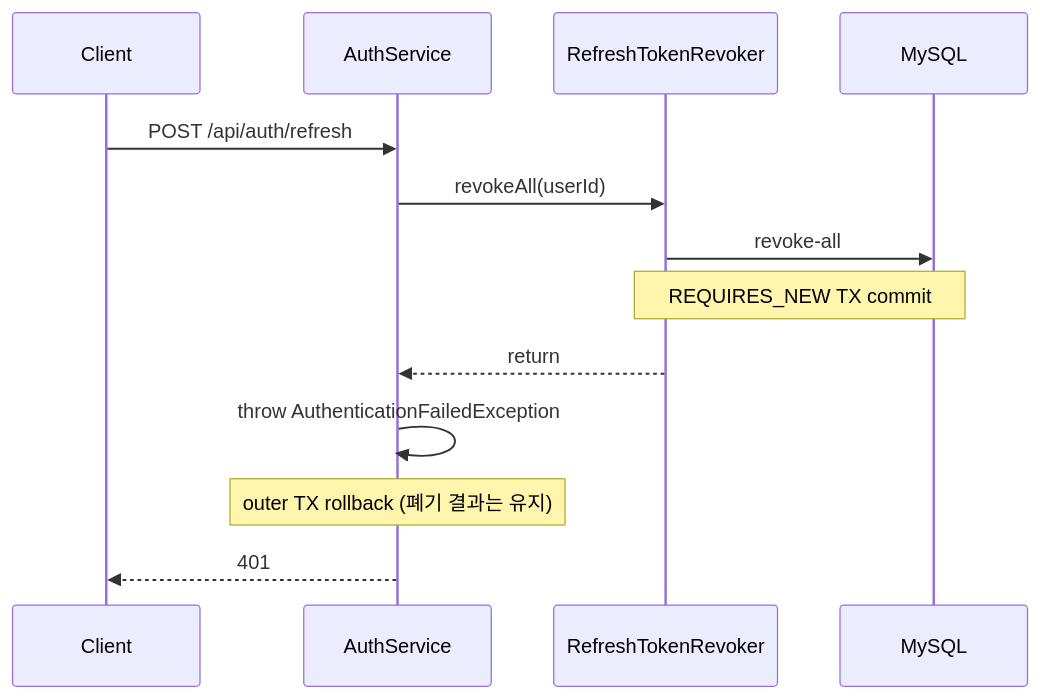
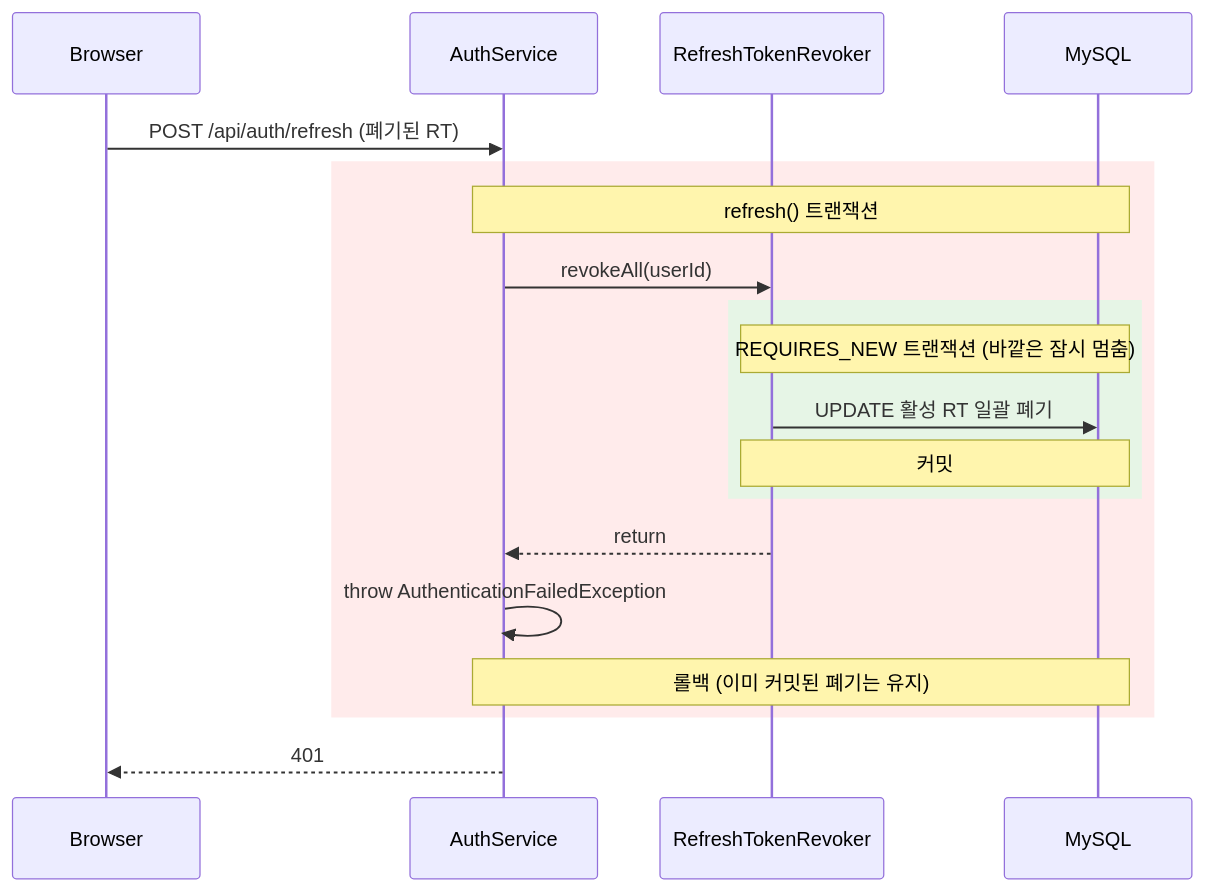
Before and after one commit to g1ennk/FlowMate: the second of 2 diagrams in docs/wiki/auth-reuse-detection-rollback.md, drawn with Mermaid. The commit also changed other lines of this file, not shown here.

Commit message:
docs(wiki): revoke-all 롤백 위키 리뷰 반영

````diff
--- a/docs/wiki/auth-reuse-detection-rollback.md
+++ b/docs/wiki/auth-reuse-detection-rollback.md
@@ -131,16 +128,22 @@
 ```mermaid
 sequenceDiagram
-    participant C as Client
+    participant C as Browser
     participant A as AuthService
     participant R as RefreshTokenRevoker
     participant DB as MySQL
 
-    C->>A: POST /api/auth/refresh
-    A->>R: revokeAll(userId)
-    R->>DB: revoke-all
-    Note over R,DB: REQUIRES_NEW TX commit
-    R-->>A: return
-    A->>A: throw AuthenticationFailedException
-    Note over A: outer TX rollback (폐기 결과는 유지)
+    C->>A: POST /api/auth/refresh (폐기된 RT)
+    rect rgb(255, 235, 235)
+        Note over A, DB: refresh() 트랜잭션
+        A->>R: revokeAll(userId)
+        rect rgb(230, 245, 230)
+            Note over R, DB: REQUIRES_NEW 트랜잭션 (바깥은 잠시 멈춤)
+            R->>DB: UPDATE 활성 RT 일괄 폐기
+            Note over R, DB: 커밋
+        end
+        R-->>A: return
+        A->>A: throw AuthenticationFailedException
+        Note over A, DB: 롤백 (이미 커밋된 폐기는 유지)
+    end
     A-->>C: 401
 ```
````
